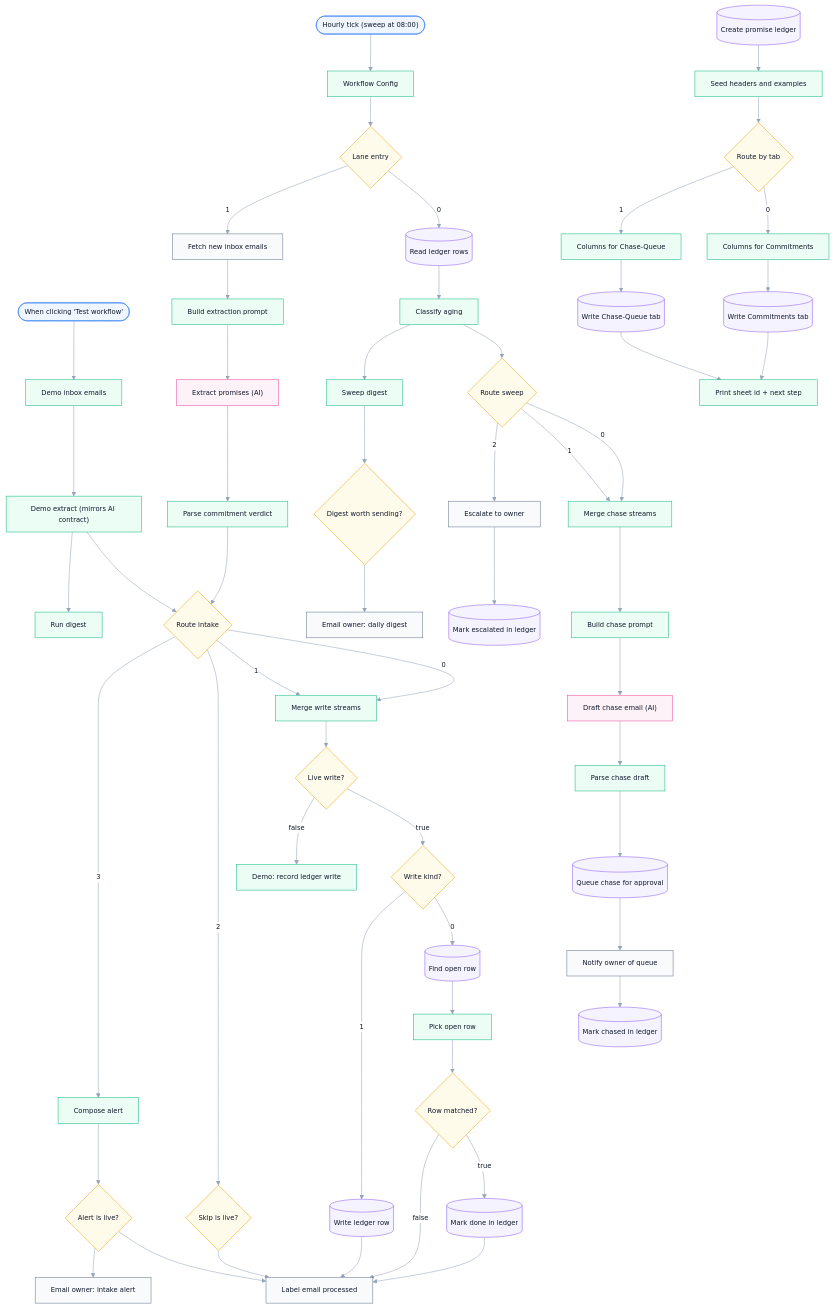
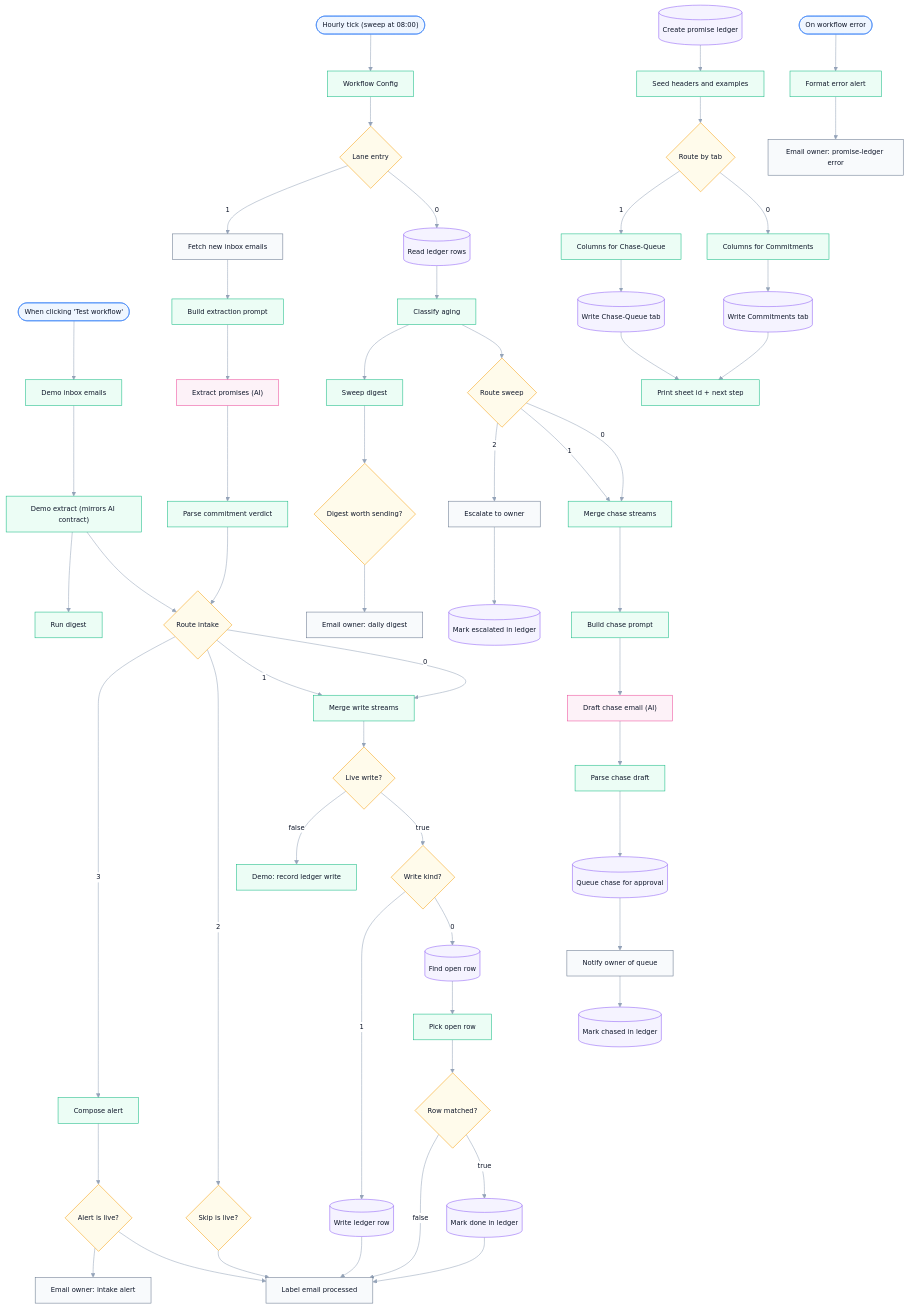
Before and after one commit to lethevinh/automation-workflows: the diagram in n8n/promise-ledger/README.md, drawn with Mermaid. The commit also changed other lines of this file and 4 other files, not shown here.

Commit message:
feat(n8n): add error-alert lanes to faq-chatbot and promise-ledger

````diff
--- a/n8n/promise-ledger/README.md
+++ b/n8n/promise-ledger/README.md
@@ -64,6 +64,9 @@
     n46[("Write Commitments tab")]
     n47[("Write Chase-Queue tab")]
     n48["Print sheet id + next step"]
+    n49(["On workflow error"])
+    n50["Format error alert"]
+    n51["Email owner: promise-ledger error"]
     n0 --> n1
     n1 --> n2
     n2 --> n11
@@ -118,6 +121,8 @@
     n45 --> n47
     n46 --> n48
     n47 --> n48
+    n49 --> n50
+    n50 --> n51
     classDef trigger fill:#EFF6FF,stroke:#3B82F6,color:#0F172A
     classDef logic fill:#ECFDF5,stroke:#10B981,color:#0F172A
     classDef decide fill:#FFFBEB,stroke:#F59E0B,color:#0F172A
@@ -126,10 +131,10 @@
     classDef external fill:#F8FAFC,stroke:#64748B,color:#0F172A
     classDef gate fill:#FEF2F2,stroke:#EF4444,color:#0F172A
     classDef disabled opacity:.55,stroke-dasharray:4 3
-    class n0,n4 trigger
-    class n1,n2,n3,n5,n8,n10,n12,n17,n21,n23,n27,n28,n32,n33,n35,n42,n44,n45,n48 logic
+    class n0,n4,n49 trigger
+    class n1,n2,n3,n5,n8,n10,n12,n17,n21,n23,n27,n28,n32,n33,n35,n42,n44,n45,n48,n50 logic
     class n6,n11,n13,n14,n18,n22,n24,n29,n31,n43 decide
     class n15,n16,n19,n26,n36,n38,n40,n41,n46,n47 store
     class n9,n34 ai
-    class n7,n20,n25,n30,n37,n39 external
+    class n7,n20,n25,n30,n37,n39,n51 external
 ```
````
